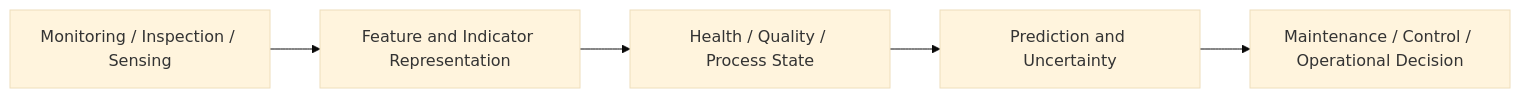
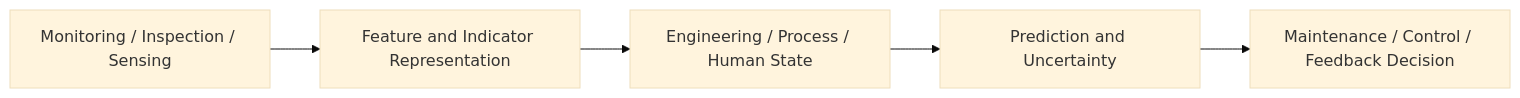
One commit to liujiaresearcher-hash/liujiaresearcher-hash changed the diagram in README.md. Above: the diagram before and after it, drawn with Mermaid (base theme). The commit also changed other lines of this file, not shown here.

Commit message:
Elevate human-centred state sensing in profile

````diff
--- a/README.md
+++ b/README.md
@@ -37,10 +38,10 @@
 ```mermaid
 flowchart LR
     A["Monitoring / Inspection / Sensing"]
     B["Feature and Indicator Representation"]
-    C["Health / Quality / Process State"]
+    C["Engineering / Process / Human State"]
     D["Prediction and Uncertainty"]
-    E["Maintenance / Control / Operational Decision"]
+    E["Maintenance / Control / Feedback Decision"]
 
     A --> B --> C --> D --> E
 ```
````
